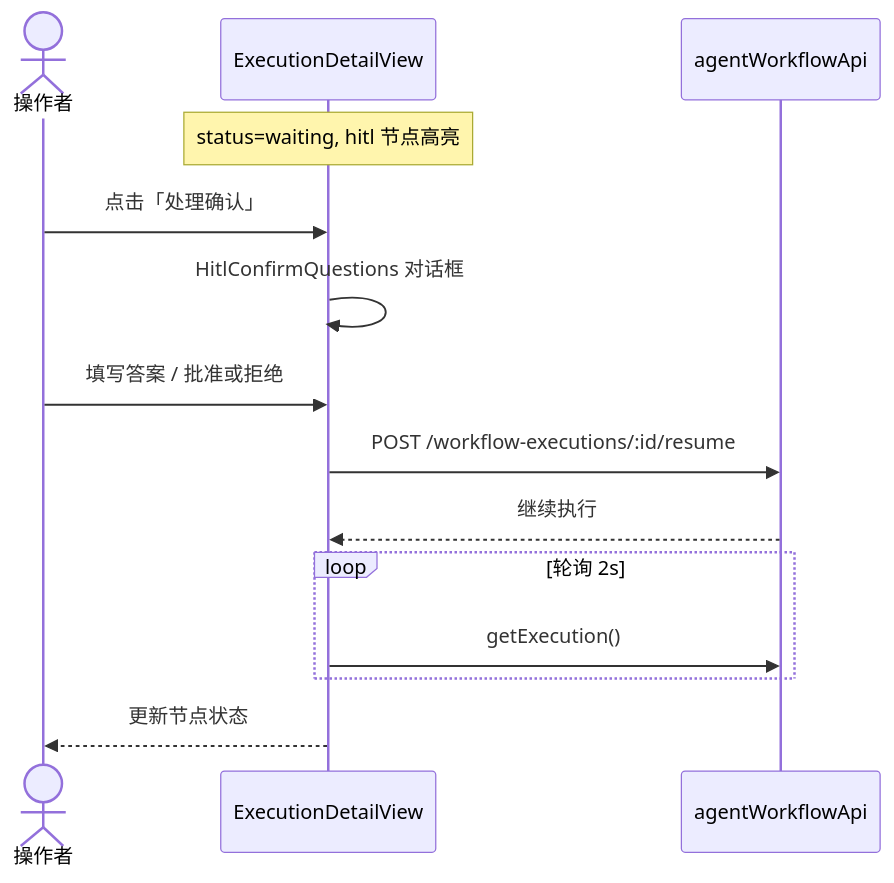
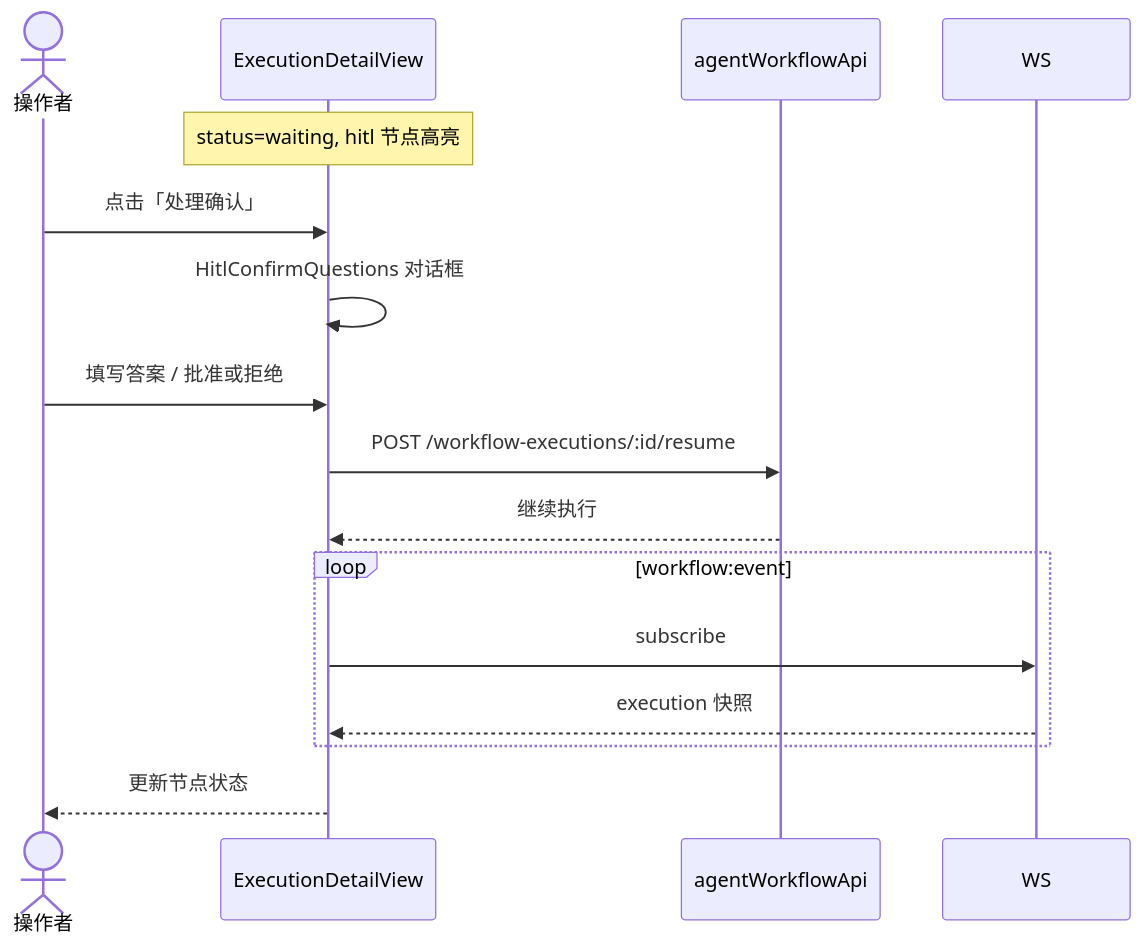
The seventh of 10 diagrams in docs/design/workflows.md (nan1010082085/ai-platform), drawn with Mermaid before and after one commit. The commit also changed other lines of this file and 85 other files, not shown here.

````diff
--- a/docs/design/workflows.md
+++ b/docs/design/workflows.md
@@ -261,17 +252,18 @@
 ```mermaid
 sequenceDiagram
   actor User as 操作者
   participant View as ExecutionDetailView
   participant API as agentWorkflowApi
 
   Note over View: status=waiting, hitl 节点高亮
   User->>View: 点击「处理确认」
   View->>View: HitlConfirmQuestions 对话框
   User->>View: 填写答案 / 批准或拒绝
   View->>API: POST /workflow-executions/:id/resume
   API-->>View: 继续执行
-  loop 轮询 2s
-    View->>API: getExecution()
+  loop workflow:event
+    View->>WS: subscribe
+    WS-->>View: execution 快照
   end
   View-->>User: 更新节点状态
 ```
````
